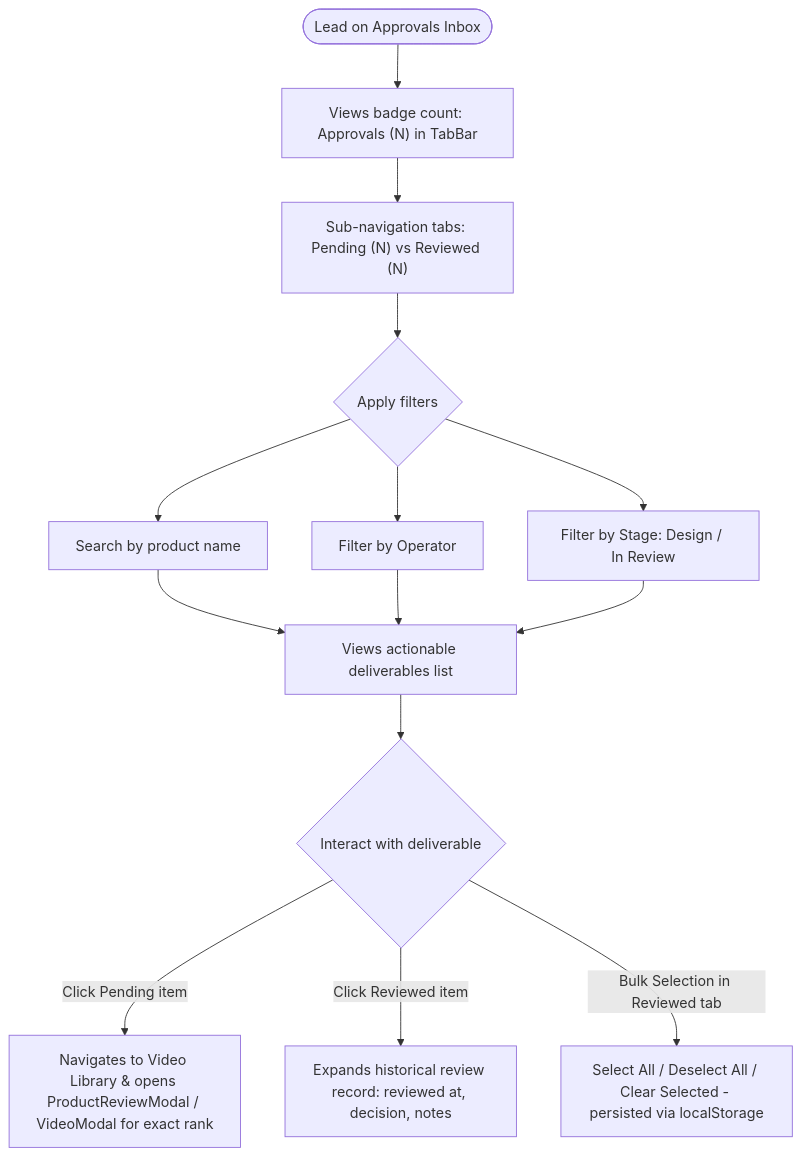
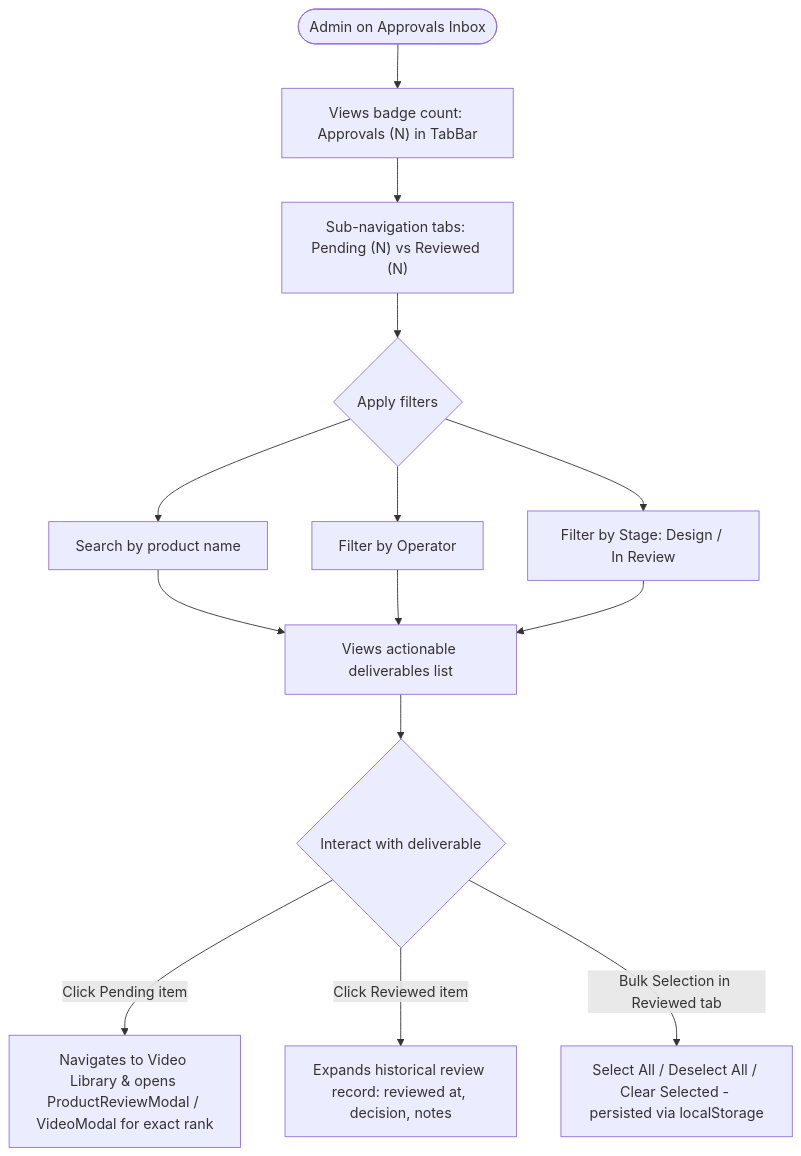
One commit to Lyduke56/BuckedUp-Dashboard-Lifewood changed the fifth of 8 diagrams in role_workflows.md. Above: the diagram before and after it, drawn with Mermaid. The commit also changed other lines of this file and 2 other files, not shown here.

````diff
--- a/role_workflows.md
+++ b/role_workflows.md
@@ -165,15 +170,15 @@
 ```mermaid
 flowchart TD
-    A([Lead on Approvals Inbox]) --> B["Views badge count: Approvals (N) in TabBar"]
+    A([Admin on Approvals Inbox]) --> B["Views badge count: Approvals (N) in TabBar"]
     B --> C["Sub-navigation tabs: Pending (N) vs Reviewed (N)"]
     C --> D{Apply filters}
     D --> E[Search by product name]
     D --> F[Filter by Operator]
     D --> G["Filter by Stage: Design / In Review"]
     E & F & G --> H[Views actionable deliverables list]
 
     H --> I{Interact with deliverable}
     I -- "Click Pending item" --> J["Navigates to Video Library & opens ProductReviewModal / VideoModal for exact rank"]
     I -- "Click Reviewed item" --> K["Expands historical review record: reviewed at, decision, notes"]
     I -- "Bulk Selection in Reviewed tab" --> L["Select All / Deselect All / Clear Selected - persisted via localStorage"]
 ```
````
